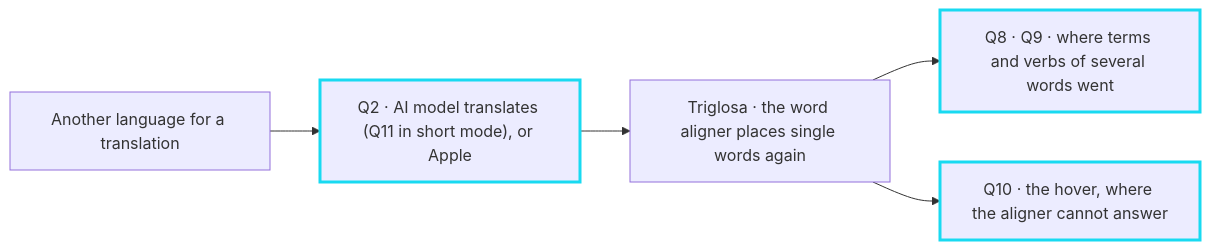
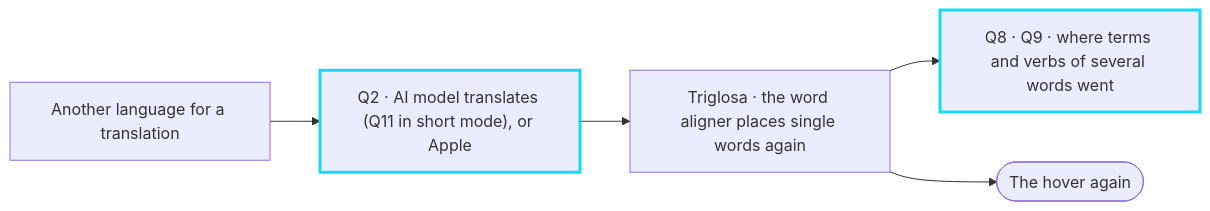
The eighth of 8 diagrams in docs/behind-a-translation.md (mdd335/triglosa), drawn with Mermaid before and after one commit. The commit also changed other lines of this file and 113 other files, not shown here.

````diff
--- a/docs/behind-a-translation.md
+++ b/docs/behind-a-translation.md
@@ -271,10 +274,10 @@
 ```mermaid
 flowchart LR
   CH["Another language for a translation"] --> NEW["Q2 · AI model translates (Q11 in short mode), or Apple"]
   NEW --> AL["Triglosa · the word aligner places single words again"]
   AL --> Q8["Q8 · Q9 · where terms and verbs of several words went"]
-  AL --> Q10["Q10 · the hover, where the aligner cannot answer"]
+  AL --> HOV(["The hover again"])
 
   classDef model stroke:#18daf1,stroke-width:3px
-  class NEW,Q8,Q10 model
+  class NEW,Q8 model
 ```
````
